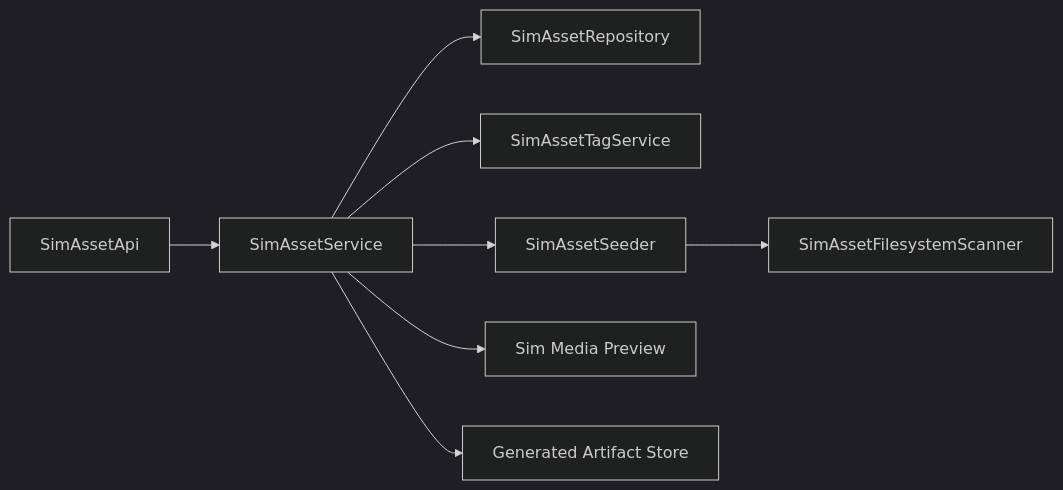
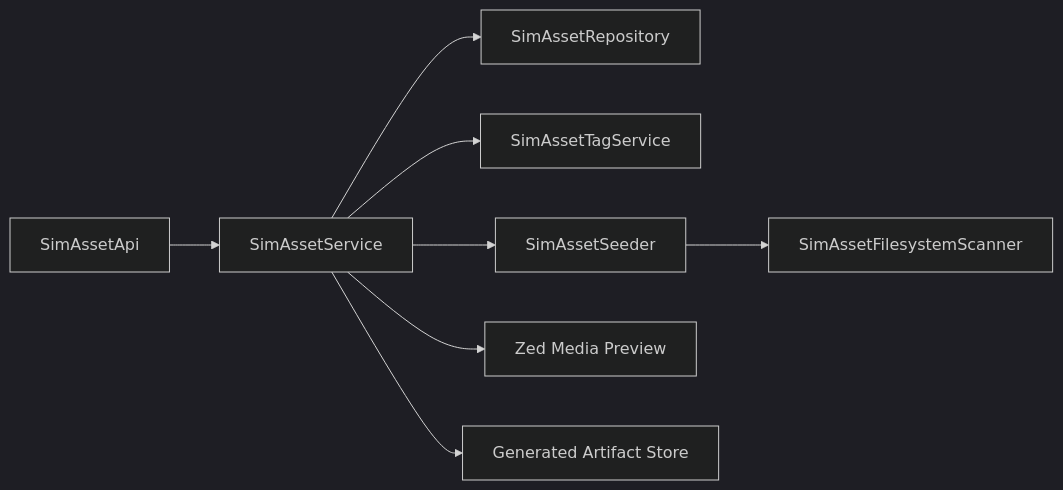
Before and after one commit to imagineerings/xor: the diagram in .agents/specs/godot-migration/comfy-asset-library/design.md, drawn with Mermaid (dark theme). The commit also changed other lines of this file and 2547 other files, not shown here.

````diff
--- a/.agents/specs/godot-migration/comfy-asset-library/design.md
+++ b/.agents/specs/godot-migration/comfy-asset-library/design.md
@@ -9,10 +9,10 @@
 ```mermaid
 flowchart LR
     Api[SimAssetApi] --> Service[SimAssetService]
     Service --> Store[SimAssetRepository]
     Service --> Tags[SimAssetTagService]
     Service --> Seed[SimAssetSeeder]
     Seed --> Scanner[SimAssetFilesystemScanner]
-    Service --> Media[Sim Media Preview]
+    Service --> Media[Zed Media Preview]
     Service --> Provenance[Generated Artifact Store]
 ```
````
